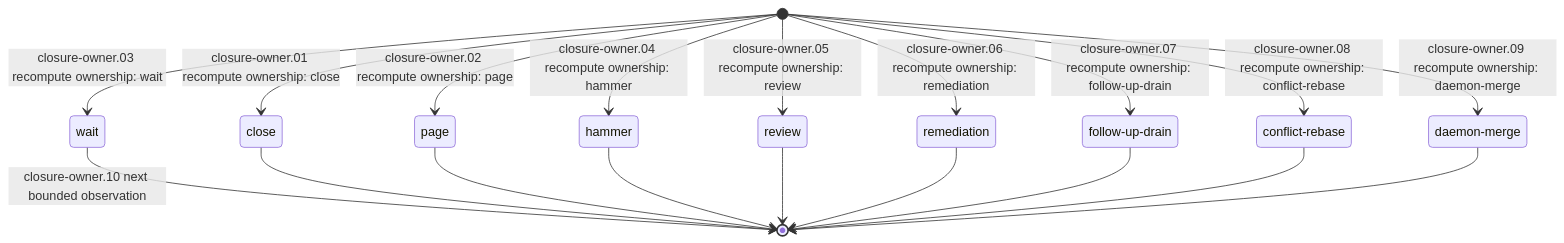
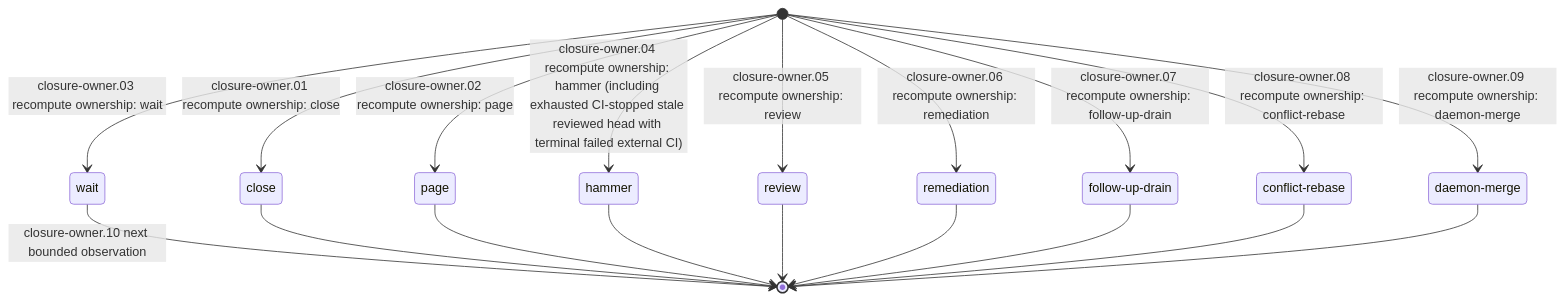
Before and after one commit to laceyenterprises/adversarial-review: the fifth of 6 diagrams in README.md, drawn with Mermaid. The commit also changed other lines of this file and 18 other files, not shown here.

Commit message:
[codex] (fix) CIBLOCKHAM-03: the native hammer wake accepts a CI-blocked head whose remediation rounds are exhausted, so the final hammer that fixes red required checks is actually launched (#1371)

````diff
--- a/README.md
+++ b/README.md
@@ -1125,30 +1143,30 @@
 ```mermaid
 stateDiagram-v2
     state "close" as s0
     state "page" as s1
     state "wait" as s2
     state "hammer" as s3
     state "review" as s4
     state "remediation" as s5
     state "follow-up-drain" as s6
     state "conflict-rebase" as s7
     state "daemon-merge" as s8
     [*] --> s0: closure-owner.01 recompute ownership: close
     [*] --> s1: closure-owner.02 recompute ownership: page
     [*] --> s2: closure-owner.03 recompute ownership: wait
-    [*] --> s3: closure-owner.04 recompute ownership: hammer
+    [*] --> s3: closure-owner.04 recompute ownership: hammer (including exhausted CI-stopped stale reviewed head with terminal failed external CI)
     [*] --> s4: closure-owner.05 recompute ownership: review
     [*] --> s5: closure-owner.06 recompute ownership: remediation
     [*] --> s6: closure-owner.07 recompute ownership: follow-up-drain
     [*] --> s7: closure-owner.08 recompute ownership: conflict-rebase
     [*] --> s8: closure-owner.09 recompute ownership: daemon-merge
     s2 --> [*]: closure-owner.10 next bounded observation
     s0 --> [*]
     s1 --> [*]
     s3 --> [*]
     s4 --> [*]
     s5 --> [*]
     s6 --> [*]
     s7 --> [*]
     s8 --> [*]
 ```
````
